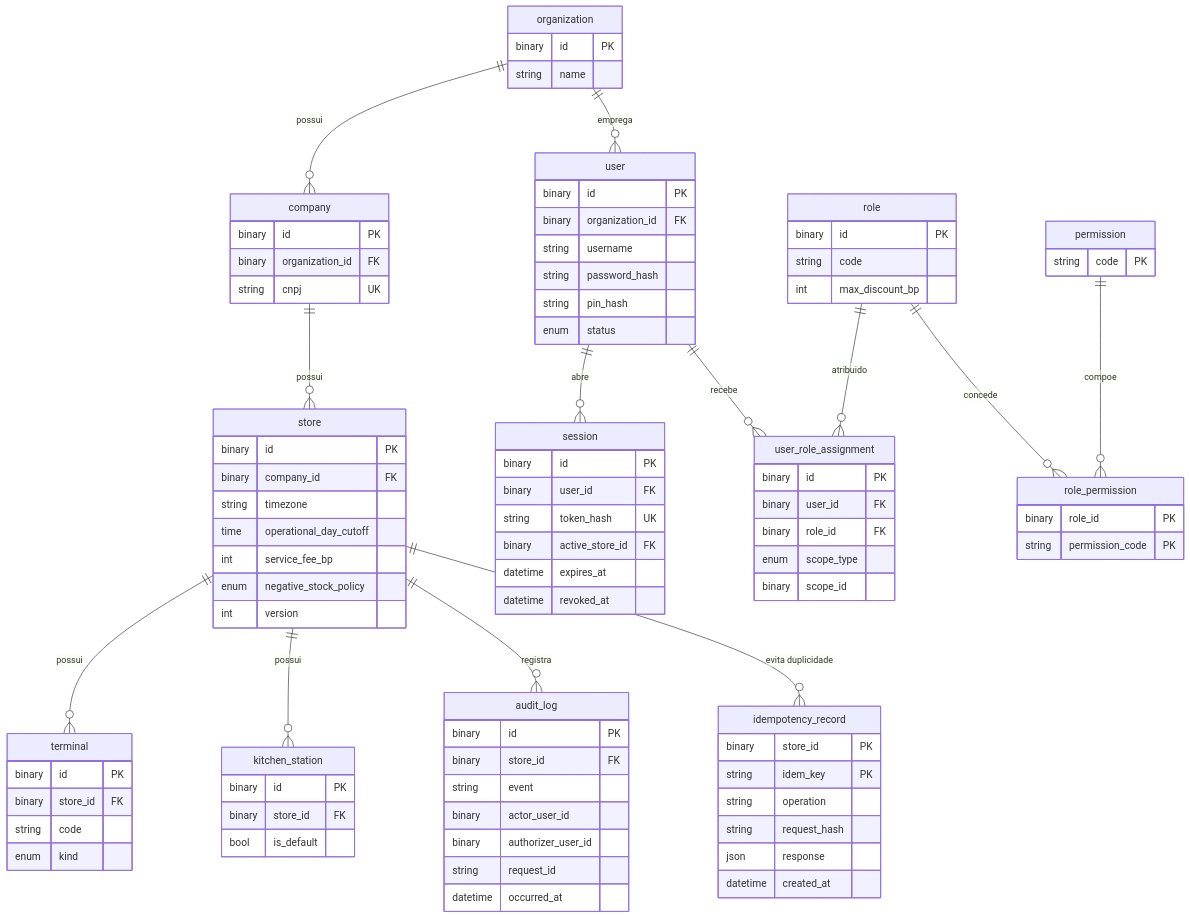
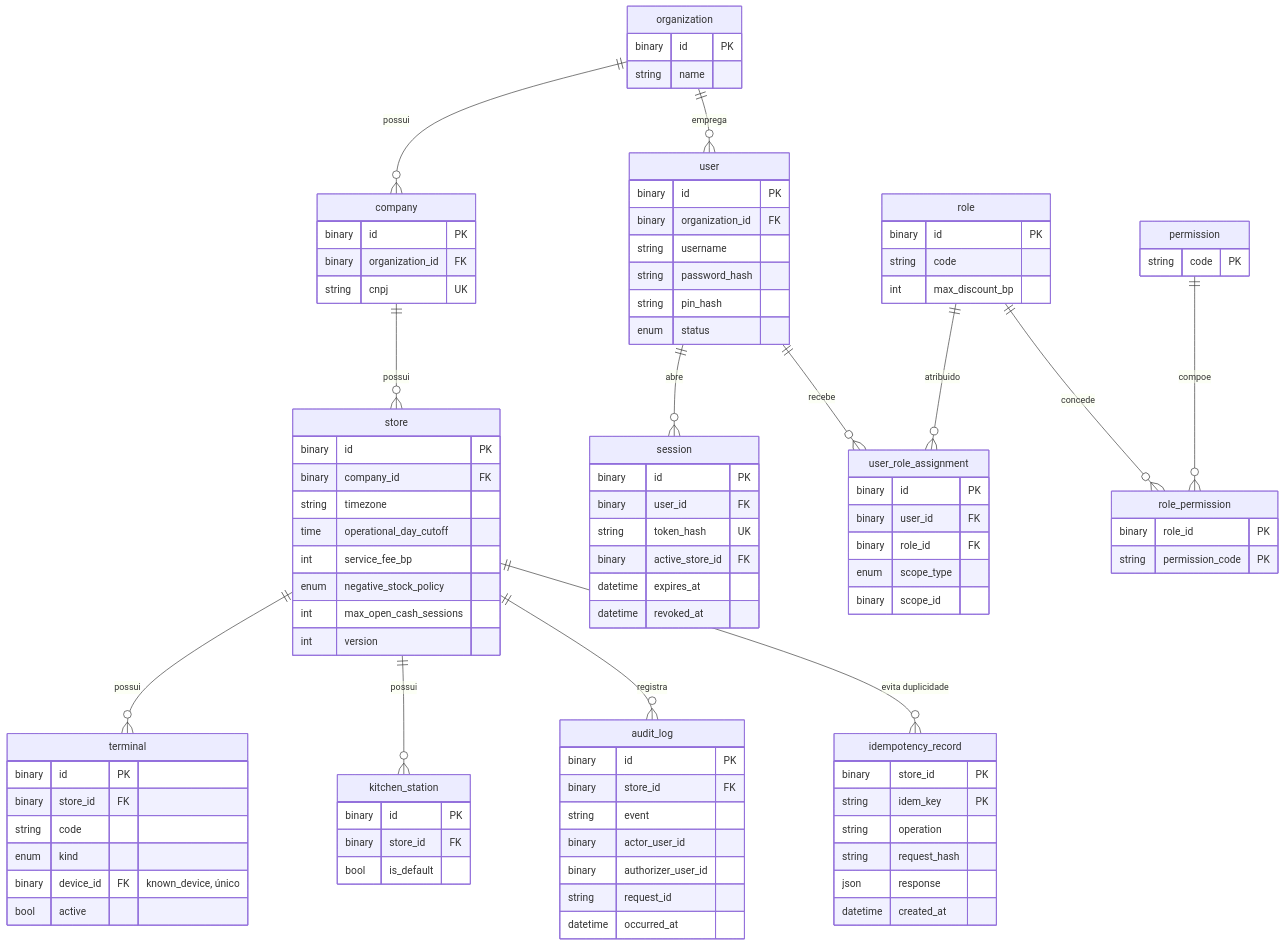
One commit to marlonerick/erp-mesa-restaurante changed the first of 3 diagrams in maps/database/erd.md. Above: the diagram before and after it, drawn with Mermaid. The commit also changed other lines of this file and 44 other files, not shown here.

```diff
--- a/maps/database/erd.md
+++ b/maps/database/erd.md
@@ -53,6 +54,7 @@
     time operational_day_cutoff
     int service_fee_bp
     enum negative_stock_policy
+    int max_open_cash_sessions
     int version
   }
   terminal {
@@ -60,6 +62,8 @@
     binary store_id FK
     string code
     enum kind
+    binary device_id FK "known_device, único"
+    bool active
   }
   kitchen_station {
     binary id PK
```
